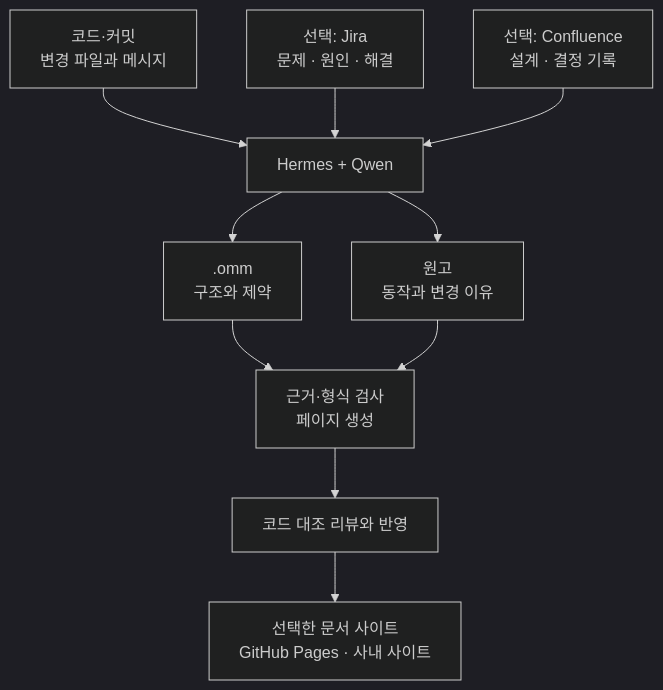
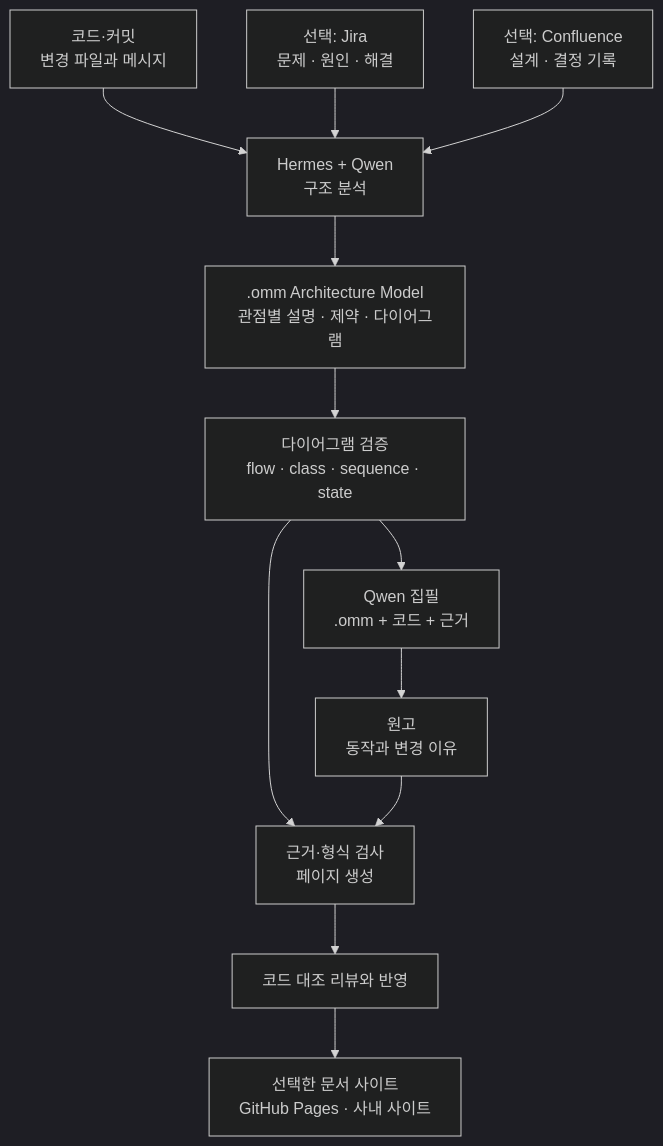
The first of 4 diagrams in README.md (TTolsun/omm-doc-workflow), drawn with Mermaid (dark theme) before and after one commit. The commit also changed other lines of this file and 25 other files, not shown here.

First line of the commit message:
feat: support class, sequence and state diagrams per OMM perspective

````diff
--- a/README.md
+++ b/README.md
@@ -17,20 +17,21 @@
 ```mermaid
 flowchart TD
     source["코드·커밋<br/>변경 파일과 메시지"]
     jira["선택: Jira<br/>문제 · 원인 · 해결"]
     confluence["선택: Confluence<br/>설계 · 결정 기록"]
-    agent["Hermes + Qwen"]
-    omm[".omm<br/>구조와 제약"]
+    agent["Hermes + Qwen<br/>구조 분석"]
+    omm[".omm Architecture Model<br/>관점별 설명 · 제약 · 다이어그램"]
+    diagram["다이어그램 검증<br/>flow · class · sequence · state"]
+    writer["Qwen 집필<br/>.omm + 코드 + 근거"]
     manuscript["원고<br/>동작과 변경 이유"]
     verify["근거·형식 검사<br/>페이지 생성"]
     review["코드 대조 리뷰와 반영"]
     publish["선택한 문서 사이트<br/>GitHub Pages · 사내 사이트"]
     source --> agent
     jira --> agent
     confluence --> agent
-    agent --> omm
-    agent --> manuscript
-    omm --> verify
+    agent --> omm --> diagram --> writer --> manuscript
+    diagram --> verify
     manuscript --> verify
     verify --> review --> publish
 ```
````
